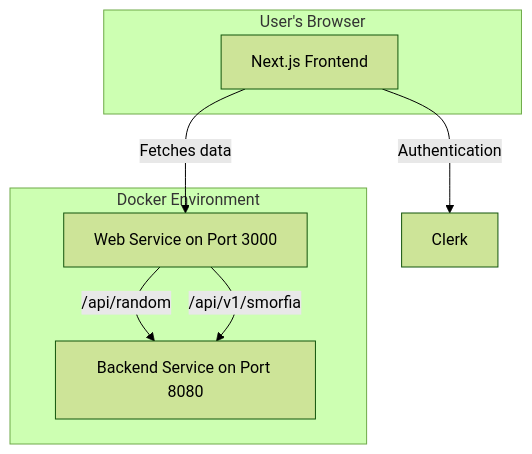
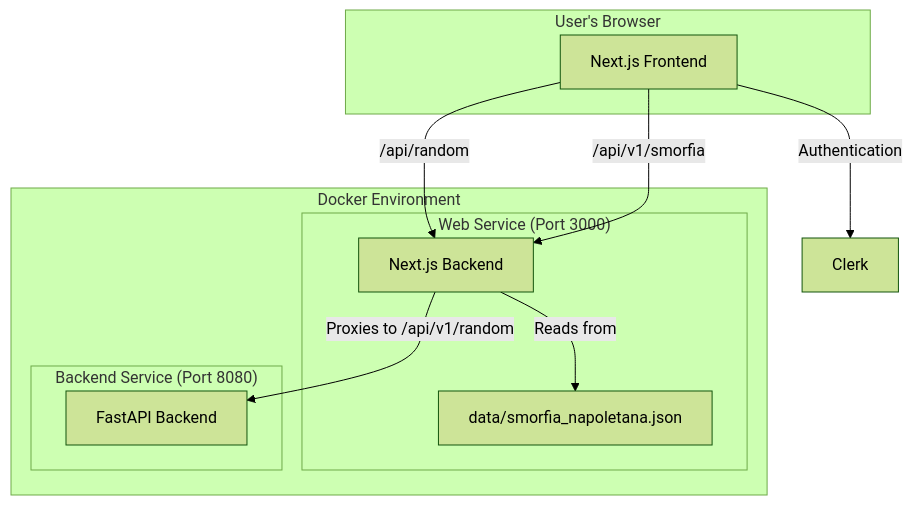
One commit to rjalexa/rjafecit changed the first of 2 diagrams in README.md. Above: the diagram before and after it, drawn with Mermaid (forest theme). The commit also changed other lines of this file and 9 other files, not shown here.

Commit message:
cleaned a few things; better high-level architecture diagram

````diff
--- a/README.md
+++ b/README.md
@@ -18,18 +18,24 @@
 ```mermaid
 graph TD
     subgraph "User's Browser"
         A[Next.js Frontend]
     end
 
     subgraph "Docker Environment"
-        B[Web Service on Port 3000]
-        C[Backend Service on Port 8080]
+        subgraph "Web Service (Port 3000)"
+            B[Next.js Backend]
+            E[data/smorfia_napoletana.json]
+        end
+        subgraph "Backend Service (Port 8080)"
+            C[FastAPI Backend]
+        end
     end
 
     D[Clerk]
 
-    A -- "Fetches data" --> B
-    B -- "/api/random" --> C
-    B -- "/api/v1/smorfia" --> C
+    A -- "/api/random" --> B
+    B -- "Proxies to /api/v1/random" --> C
+    A -- "/api/v1/smorfia" --> B
+    B -- "Reads from" --> E
     A -- "Authentication" --> D
 ```
````
